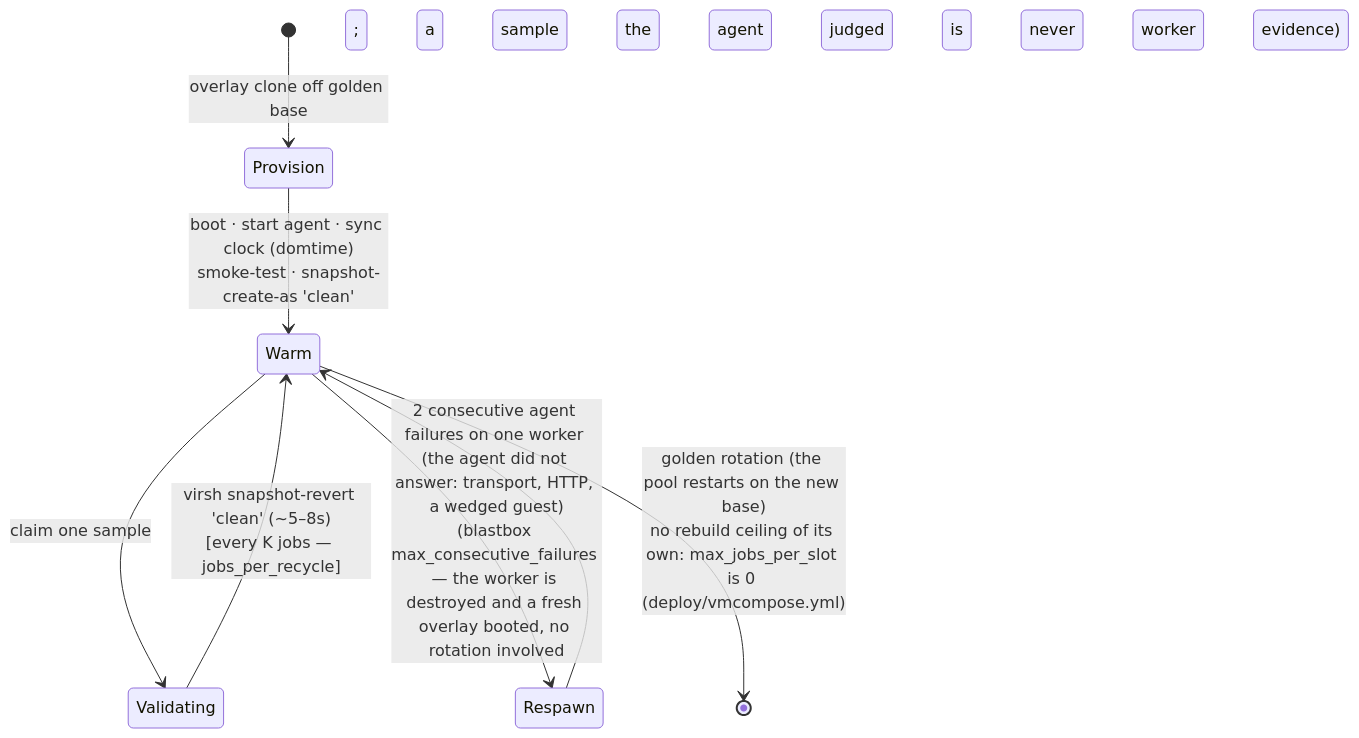
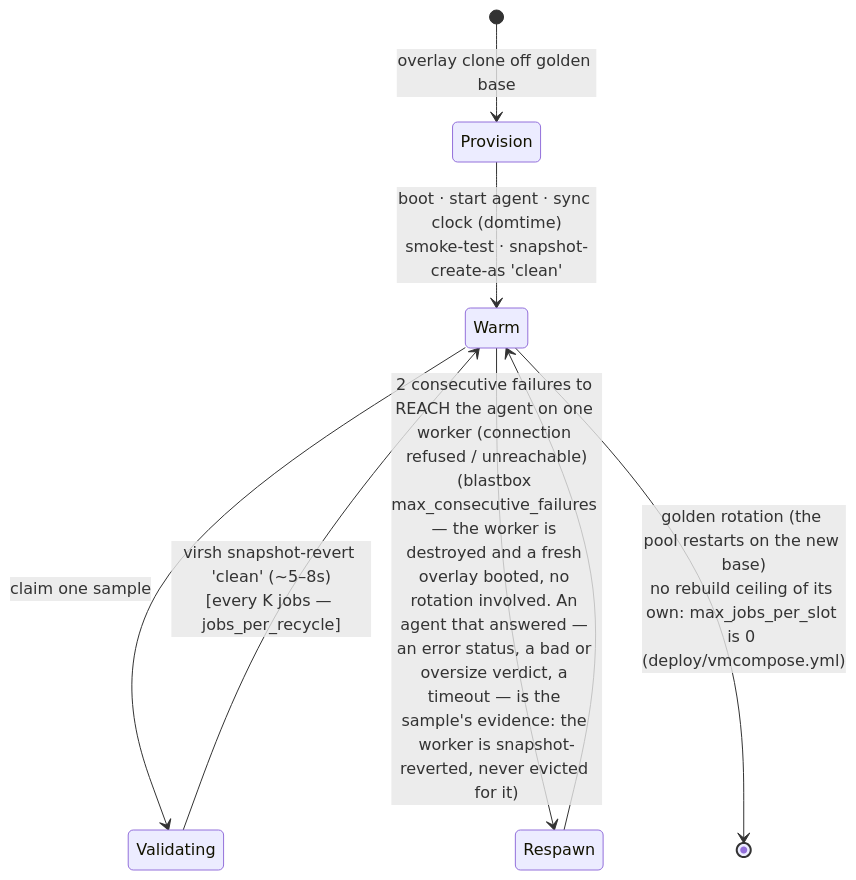
The second of 2 diagrams in README.md (wmetcalf/win-validator), drawn with Mermaid before and after one commit. The commit also changed other lines of this file and 2 other files, not shown here.

First line of the commit message:
vm-pool: whose evidence a failed validation is; the inbound half of the egress story told right

````diff
--- a/README.md
+++ b/README.md
@@ -81,10 +81,10 @@
 ```mermaid
 stateDiagram-v2
     [*] --> Provision: overlay clone off golden base
     Provision --> Warm: boot · start agent · sync clock (domtime)<br/>smoke-test · snapshot-create-as 'clean'
     Warm --> Validating: claim one sample
     Validating --> Warm: virsh snapshot-revert 'clean' (~5–8s)<br/>[every K jobs — jobs_per_recycle]
-    Warm --> Respawn: 2 consecutive agent failures on one worker (the agent did not answer: transport, HTTP, a wedged guest)<br/>(blastbox max_consecutive_failures — the worker is destroyed and a fresh overlay booted, no rotation involved; a sample the agent judged is never worker evidence)
+    Warm --> Respawn: 2 consecutive failures to REACH the agent on one worker (connection refused / unreachable)<br/>(blastbox max_consecutive_failures — the worker is destroyed and a fresh overlay booted, no rotation involved. An agent that answered — an error status, a bad or oversize verdict, a timeout — is the sample's evidence: the worker is snapshot-reverted, never evicted for it)
     Respawn --> Warm
     Warm --> [*]: golden rotation (the pool restarts on the new base)<br/>no rebuild ceiling of its own: max_jobs_per_slot is 0 (deploy/vmcompose.yml)
 ```
````
